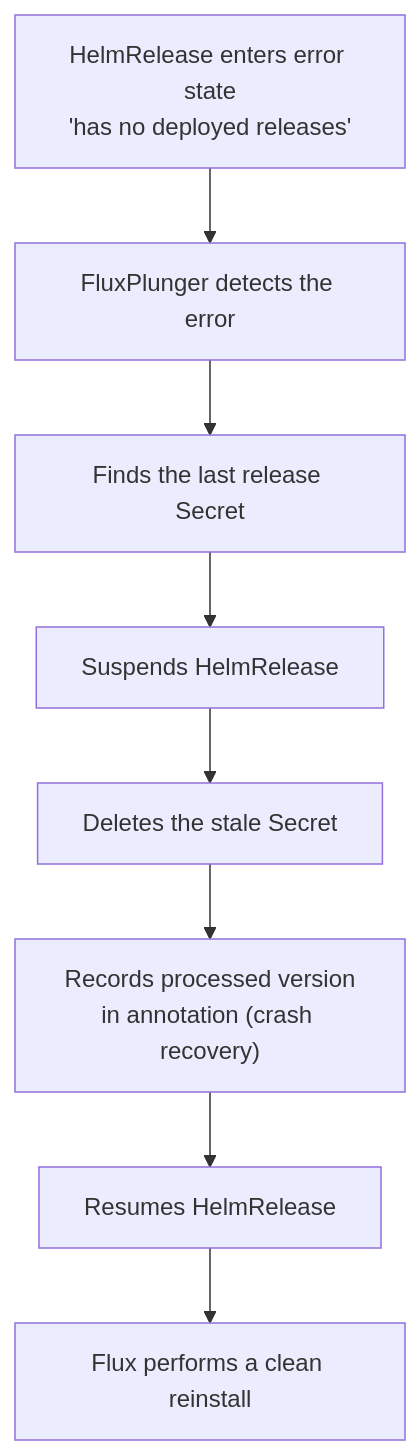
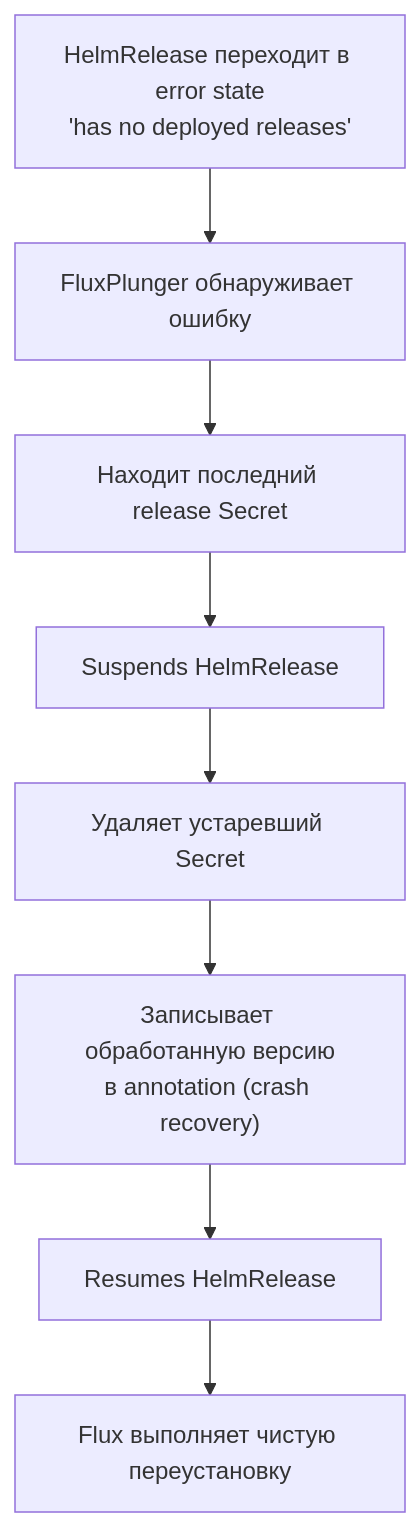
One commit to katamarina-ru/cozystack-website changed the eighth of 9 diagrams in content/en/docs/v1.3/guides/concepts.md. Above: the diagram before and after it, drawn with Mermaid. The commit also changed other lines of this file and 55 other files, not shown here.

````diff
--- a/content/en/docs/v1.3/guides/concepts.md
+++ b/content/en/docs/v1.3/guides/concepts.md
@@ -266,19 +266,19 @@
 ```mermaid
 flowchart TD
-    ERR["HelmRelease enters error state<br/>'has no deployed releases'"]
-    DETECT["FluxPlunger detects the error"]
-    FIND["Finds the last release Secret"]
+    ERR["HelmRelease переходит в error state<br/>'has no deployed releases'"]
+    DETECT["FluxPlunger обнаруживает ошибку"]
+    FIND["Находит последний release Secret"]
     SUSPEND["Suspends HelmRelease"]
-    DEL["Deletes the stale Secret"]
-    ANNOTATE["Records processed version<br/>in annotation (crash recovery)"]
+    DEL["Удаляет устаревший Secret"]
+    ANNOTATE["Записывает обработанную версию<br/>в annotation (crash recovery)"]
     RESUME["Resumes HelmRelease"]
-    REINSTALL["Flux performs a clean reinstall"]
+    REINSTALL["Flux выполняет чистую переустановку"]
 
     ERR --> DETECT
     DETECT --> FIND
     FIND --> SUSPEND
     SUSPEND --> DEL
     DEL --> ANNOTATE
     ANNOTATE --> RESUME
     RESUME --> REINSTALL
 ```
````
